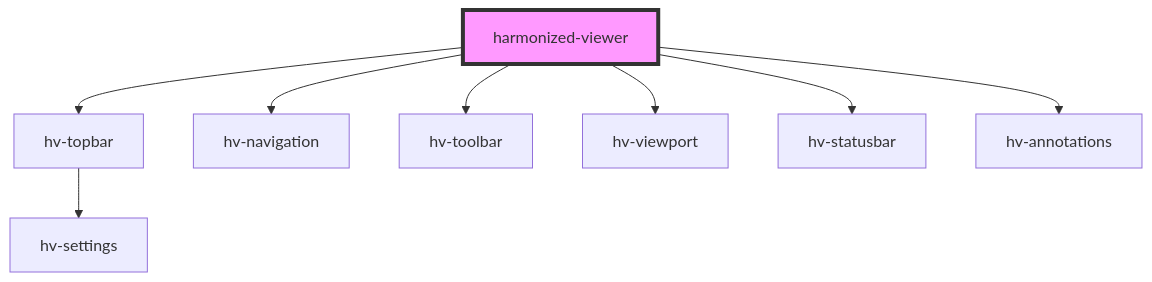
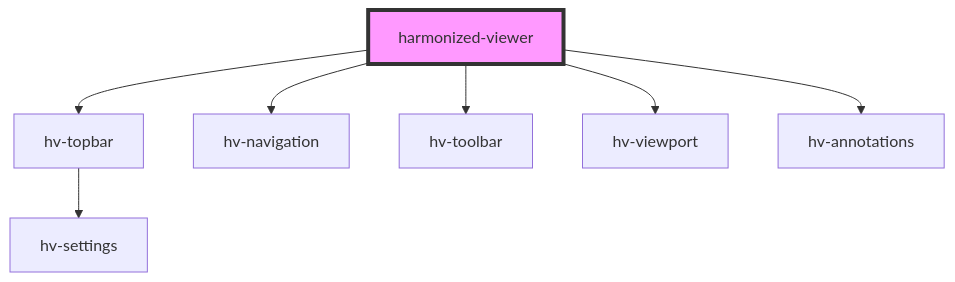
Before and after one commit to bac-lac/lac-harmonized-viewer: the diagram in src/components/viewer-component/readme.md, drawn with Mermaid. The commit also changed other lines of this file and 13 other files, not shown here.

````diff
--- a/src/components/viewer-component/readme.md
+++ b/src/components/viewer-component/readme.md
@@ -65,11 +65,10 @@
 ```mermaid
 graph TD;
   harmonized-viewer --> hv-topbar
   harmonized-viewer --> hv-navigation
   harmonized-viewer --> hv-toolbar
   harmonized-viewer --> hv-viewport
-  harmonized-viewer --> hv-statusbar
   harmonized-viewer --> hv-annotations
   hv-topbar --> hv-settings
   style harmonized-viewer fill:#f9f,stroke:#333,stroke-width:4px
 ```
````
